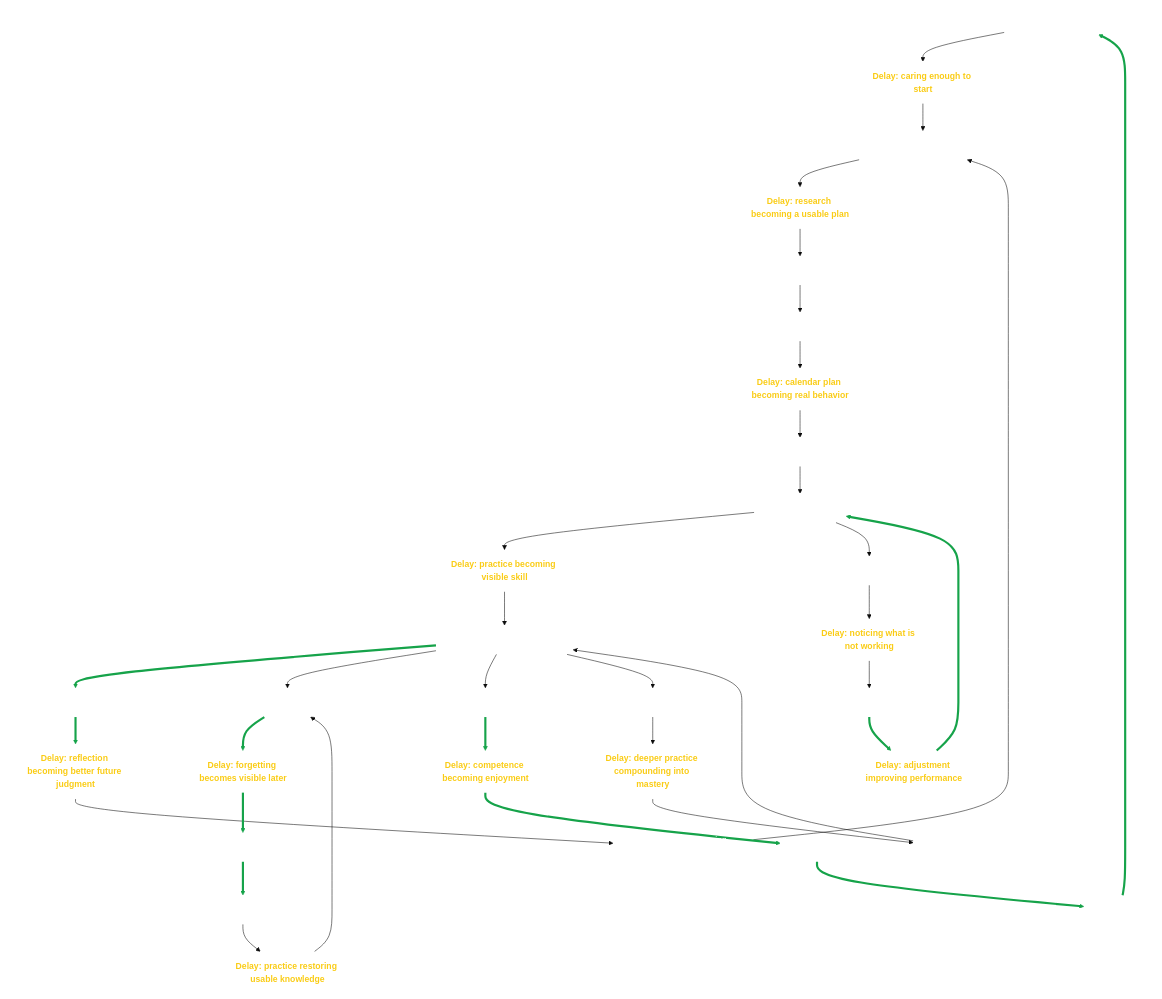
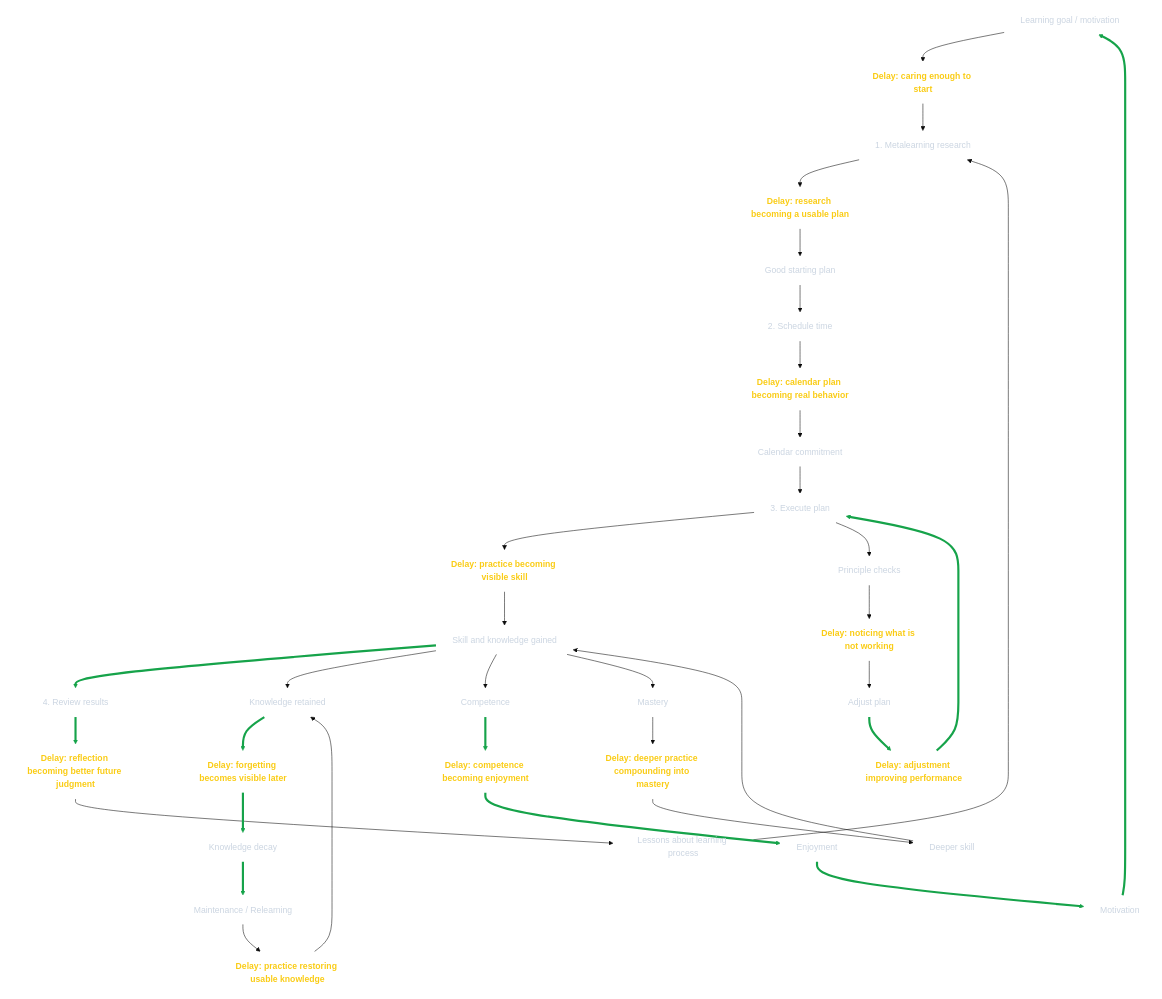
Before and after one commit to koushikvikram/inner_mastery: the second of 4 diagrams in ultralearning/README.md, drawn with Mermaid (base theme). The commit also changed other lines of this file, not shown here.

Commit message:
use gray instead of white

````diff
--- a/ultralearning/README.md
+++ b/ultralearning/README.md
@@ -143,69 +143,69 @@
 ```mermaid
 flowchart TD
 
 A["Learning goal / motivation"] --> D1["Delay: caring enough to start"]
 D1 --> B["1. Metalearning research"]
 
 B --> D2["Delay: research becoming a usable plan"]
 D2 --> C["Good starting plan"]
 
 C --> D["2. Schedule time"]
 D --> D3["Delay: calendar plan becoming real behavior"]
 D3 --> E["Calendar commitment"]
 
 E --> F["3. Execute plan"]
 F --> D4["Delay: practice becoming visible skill"]
 D4 --> G["Skill and knowledge gained"]
 
 F --> J["Principle checks"]
 J --> D5["Delay: noticing what is not working"]
 D5 --> K["Adjust plan"]
 K --> D6["Delay: adjustment improving performance"]
 D6 --> F
 
 G --> H["4. Review results"]
 H --> D7["Delay: reflection becoming better future judgment"]
 D7 --> I["Lessons about learning process"]
 I --> B
 
 G --> T["Knowledge retained"]
 T --> D8["Delay: forgetting becomes visible later"]
 D8 --> U["Knowledge decay"]
 
 U --> Q["Maintenance / Relearning"]
 Q --> D9["Delay: practice restoring usable knowledge"]
 D9 --> T
 
 G --> W["Competence"]
 W --> D10["Delay: competence becoming enjoyment"]
 D10 --> X["Enjoyment"]
 X --> Y["Motivation"]
 Y --> A
 
 G --> S["Mastery"]
 S --> D11["Delay: deeper practice compounding into mastery"]
 D11 --> V["Deeper skill"]
 V --> G
 
 %% STYLING
-classDef normal fill:transparent,stroke:transparent,color:#FFFFFF;
+classDef normal fill:transparent,stroke:transparent,color:#CBD5E1;
 classDef delay fill:transparent,stroke:transparent,color:#FACC15,font-weight:bold;
 
 class A,B,C,D,E,F,G,H,I,J,K,T,U,Q,W,X,Y,S,V normal;
 class D1,D2,D3,D4,D5,D6,D7,D8,D9,D10,D11 delay;
 
 %% GREEN LOOP ARROWS
 linkStyle 13 stroke:#16A34A,stroke-width:4px;
 linkStyle 14 stroke:#16A34A,stroke-width:4px;
 linkStyle 15 stroke:#16A34A,stroke-width:4px;
 linkStyle 16 stroke:#16A34A,stroke-width:4px;
 
 linkStyle 20 stroke:#16A34A,stroke-width:4px;
 linkStyle 21 stroke:#16A34A,stroke-width:4px;
 linkStyle 22 stroke:#16A34A,stroke-width:4px;
 
 linkStyle 26 stroke:#16A34A,stroke-width:4px;
 linkStyle 27 stroke:#16A34A,stroke-width:4px;
 linkStyle 28 stroke:#16A34A,stroke-width:4px;
 linkStyle 29 stroke:#16A34A,stroke-width:4px;
 ```
````
